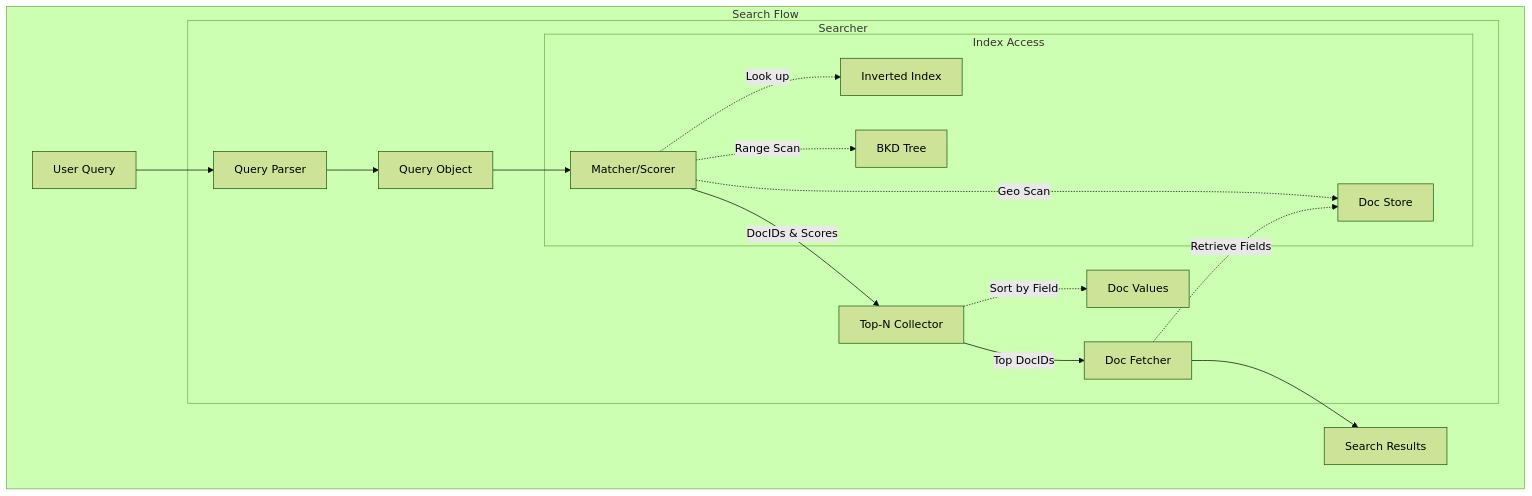
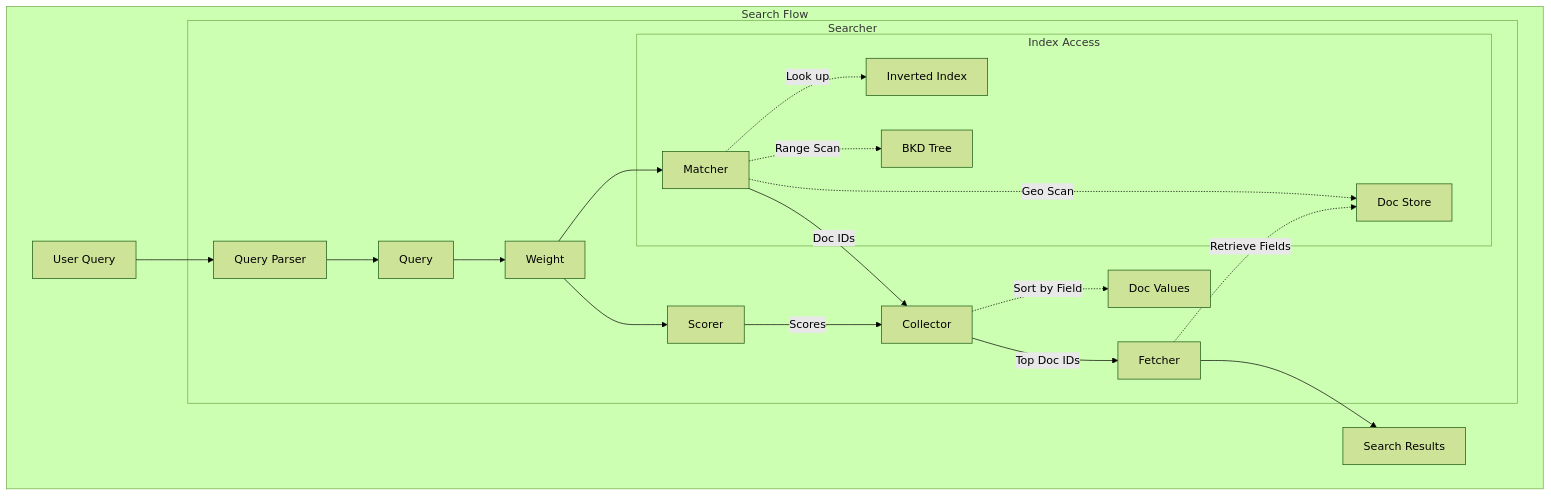
The third of 3 diagrams in docs/src/concepts/lexical_search.md (mosuka/iris), drawn with Mermaid (forest theme) before and after one commit. The commit also changed other lines of this file, not shown here.

````diff
--- a/docs/src/concepts/lexical_search.md
+++ b/docs/src/concepts/lexical_search.md
@@ -176,24 +315,27 @@
 ```mermaid
 graph TD
     subgraph "Search Flow"
         UserQuery["User Query"] --> Parser
         
         subgraph "Searcher"
-            Parser["Query Parser"] --> QueryObj["Query Object"]
-            QueryObj --> Matcher["Matcher/Scorer"]
+            Parser["Query Parser"] --> QueryObj["Query"]
+            QueryObj --> WeightObj["Weight"]
+            WeightObj --> MatcherObj["Matcher"]
+            WeightObj --> ScorerObj["Scorer"]
             
             subgraph "Index Access"
-                Matcher -.->|Look up| II["Inverted Index"]
-                Matcher -.->|Range Scan| BKD["BKD Tree"]
-                Matcher -.->|Geo Scan| Docs["Doc Store"]
+                MatcherObj -.->|Look up| II["Inverted Index"]
+                MatcherObj -.->|Range Scan| BKD["BKD Tree"]
+                MatcherObj -.->|Geo Scan| Docs["Doc Store"]
             end
             
-            Matcher -->|DocIDs & Scores| Collector["Top-N Collector"]
-            Collector -.->|Sort by Field| DV["Doc Values"]
-            Collector -->|Top DocIDs| Fetcher["Doc Fetcher"]
+            MatcherObj -->|Doc IDs| CollectorObj["Collector"]
+            ScorerObj -->|Scores| CollectorObj
+            CollectorObj -.->|Sort by Field| DV["Doc Values"]
+            CollectorObj -->|Top Doc IDs| Fetcher["Fetcher"]
             Fetcher -.->|Retrieve Fields| Docs
         end
         
         Fetcher --> Result["Search Results"]
     end
 ```
````
